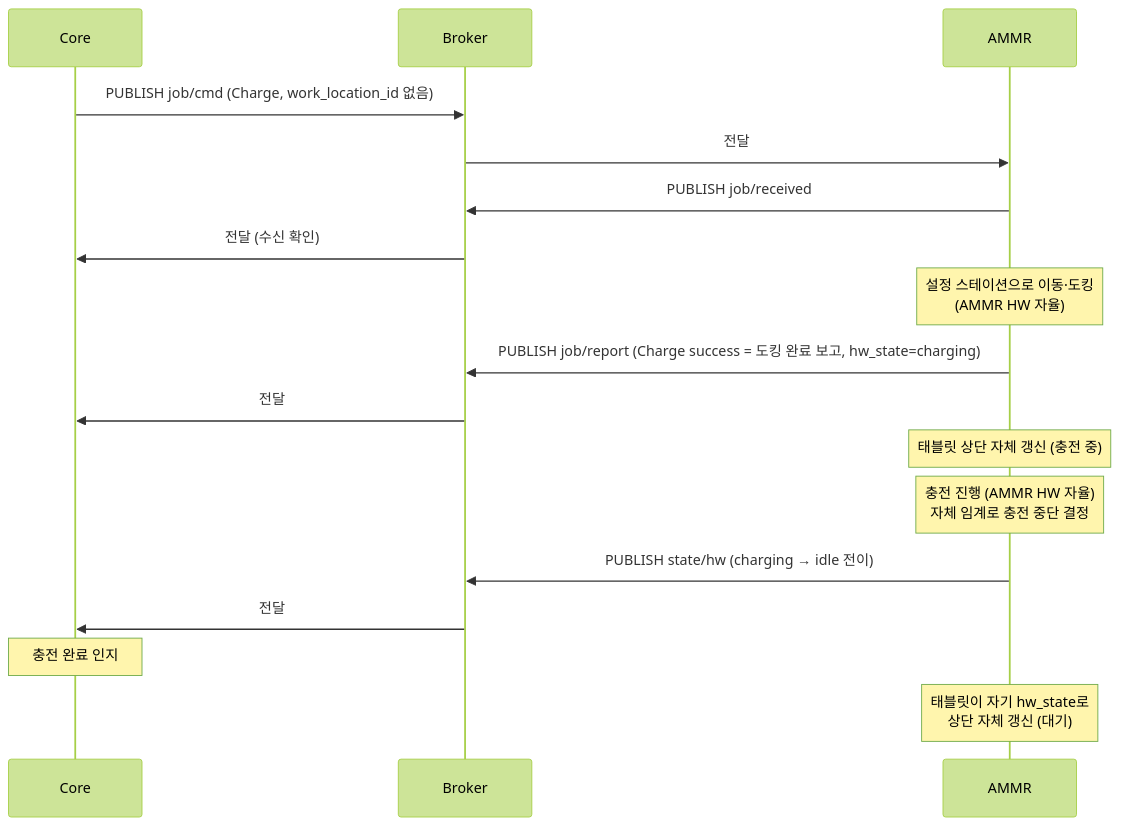
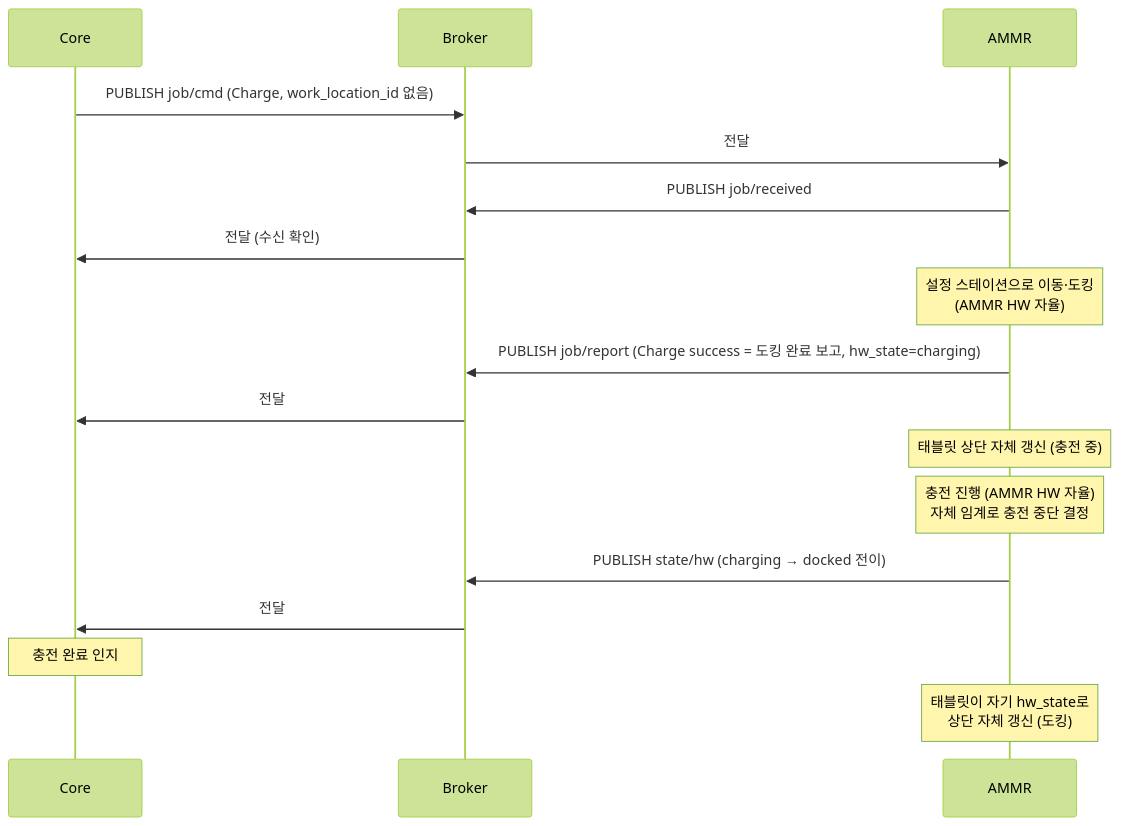
The eighth of 15 diagrams in docs/out/Core_ICD_AMMR.md (kimminsu0315/Core-Docs), drawn with Mermaid (forest theme) before and after one commit. The commit also changed other lines of this file and 7 other files, not shown here.

````diff
--- a/docs/out/Core_ICD_AMMR.md
+++ b/docs/out/Core_ICD_AMMR.md
@@ -1272,21 +1531,21 @@
 ```mermaid
 sequenceDiagram
     participant C as Core
     participant B as Broker
     participant A as AMMR
 
     C->>B: PUBLISH job/cmd (Charge, work_location_id 없음)
     B->>A: 전달
     A->>B: PUBLISH job/received
     B->>C: 전달 (수신 확인)
     Note over A: 설정 스테이션으로 이동·도킹<br/>(AMMR HW 자율)
     A->>B: PUBLISH job/report (Charge success = 도킹 완료 보고, hw_state=charging)
     B->>C: 전달
     Note over A: 태블릿 상단 자체 갱신 (충전 중)
 
     Note over A: 충전 진행 (AMMR HW 자율)<br/>자체 임계로 충전 중단 결정
-    A->>B: PUBLISH state/hw (charging → idle 전이)
+    A->>B: PUBLISH state/hw (charging → docked 전이)
     B->>C: 전달
     Note over C: 충전 완료 인지
-    Note over A: 태블릿이 자기 hw_state로<br/>상단 자체 갱신 (대기)
+    Note over A: 태블릿이 자기 hw_state로<br/>상단 자체 갱신 (도킹)
 ```
````
